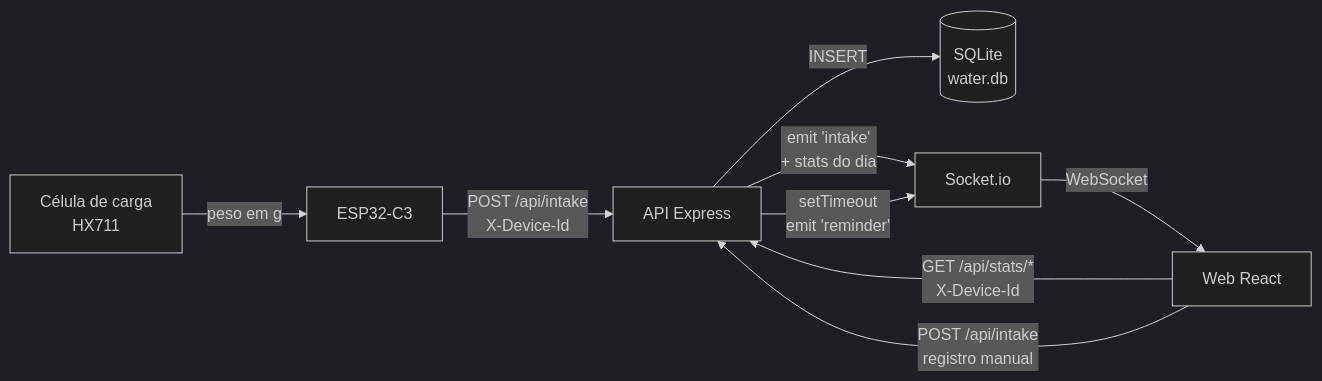
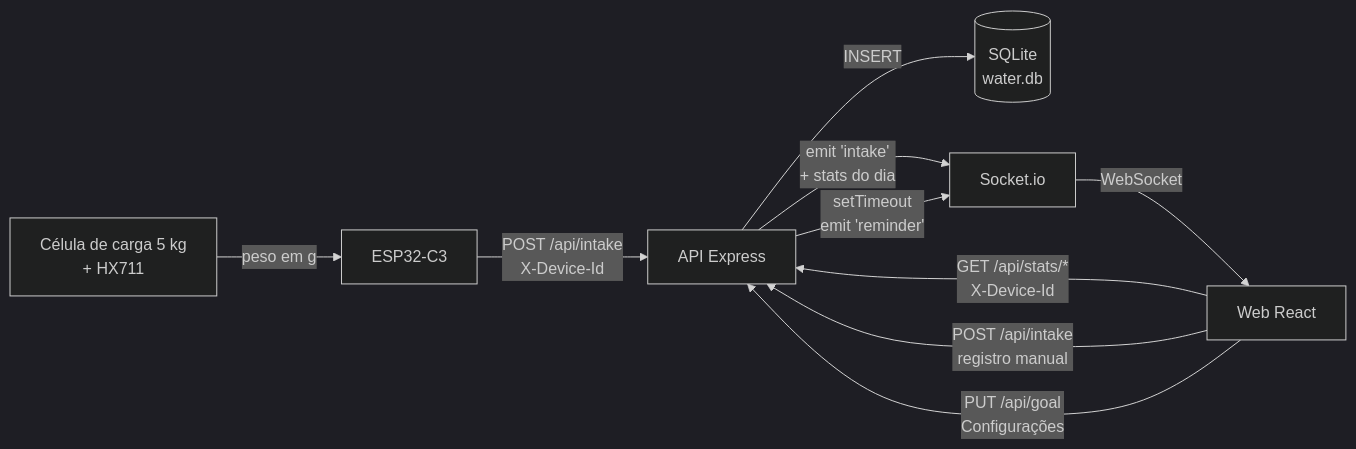
Before and after one commit to stoneparker/cfa-water-intake: the second of 9 diagrams in README.md, drawn with Mermaid (dark theme). The commit also changed other lines of this file, not shown here.

````diff
--- a/README.md
+++ b/README.md
@@ -198,11 +577,12 @@
 ```mermaid
 graph LR
-    A[Célula de carga<br/>HX711] -->|peso em g| B[ESP32-C3]
+    A[Célula de carga 5 kg<br/>+ HX711] -->|peso em g| B[ESP32-C3]
     B -->|POST /api/intake<br/>X-Device-Id| C[API Express]
     C -->|INSERT| D[(SQLite<br/>water.db)]
     C -->|emit 'intake'<br/>+ stats do dia| E[Socket.io]
     C -->|setTimeout<br/>emit 'reminder'| E
     E -->|WebSocket| F[Web React]
     F -->|GET /api/stats/*<br/>X-Device-Id| C
     F -->|POST /api/intake<br/>registro manual| C
+    F -->|PUT /api/goal<br/>Configurações| C
 ```
````
